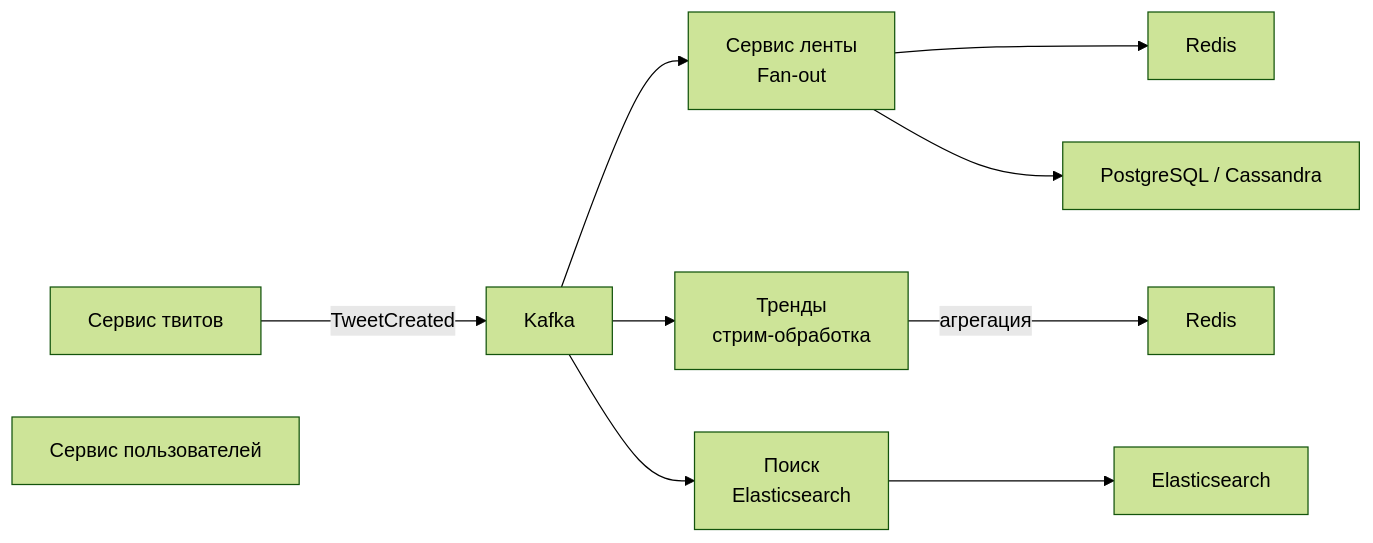
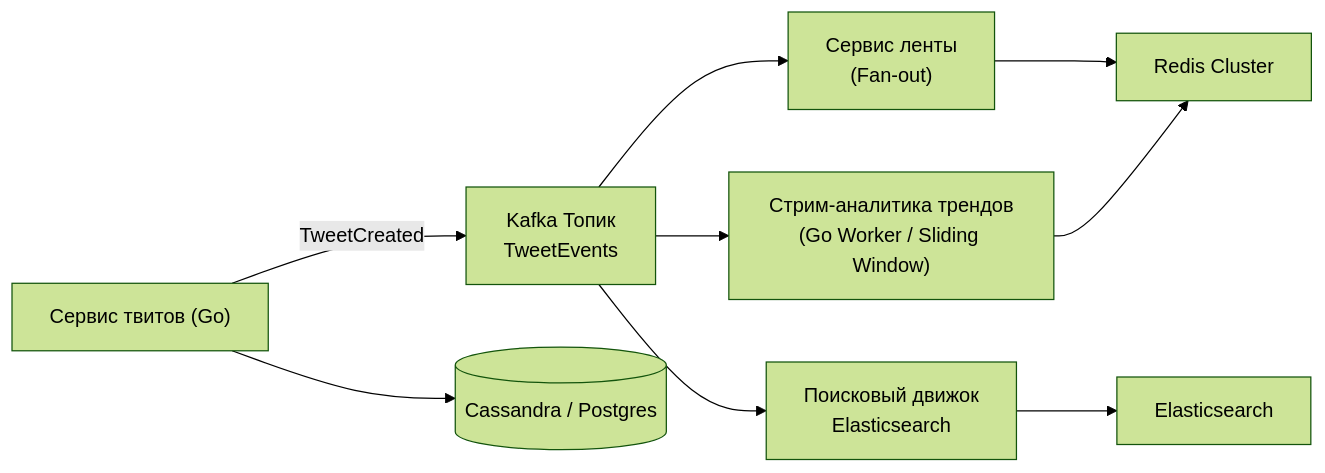
The fifth of 10 diagrams in sources/11. Архитектура и System Design/52. Разбор типичных System Design задач.md (UnrealTemplier/go-textbook), drawn with Mermaid (forest theme) before and after one commit. The commit also changed other lines of this file, not shown here.

````diff
--- a/sources/11. Архитектура и System Design/52. Разбор типичных System Design задач.md
+++ b/sources/11. Архитектура и System Design/52. Разбор типичных System Design задач.md
@@ -216,19 +275,16 @@
 ```mermaid
 flowchart LR
-    TweetSvc["Сервис твитов"]
-    UserSvc["Сервис пользователей"]
-    Timeline["Сервис ленты<br>Fan-out"]
-    Search["Поиск<br>Elasticsearch"]
-    Trend["Тренды<br>стрим-обработка"]
-    Cache["Redis"]
-    DB["PostgreSQL / Cassandra"]
+    TweetSvc["Сервис твитов (Go)"]
+    Kafka["Kafka Топик<br>TweetEvents"]
+    Timeline["Сервис ленты<br>(Fan-out)"]
+    Trend["Стрим-аналитика трендов<br>(Go Worker / Sliding Window)"]
+    Search["Поисковый движок<br>Elasticsearch"]
+    DB[("Cassandra / Postgres")]
+    Cache["Redis Cluster"]
 
     TweetSvc -->|"TweetCreated"| Kafka
-    Kafka --> Timeline
-    Kafka --> Trend
-    Kafka --> Search
-    Timeline --> Cache
-    Timeline --> DB
-    Search --> Elasticsearch
-    Trend -->|"агрегация"| Redis
+    Kafka --> Timeline --> Cache
+    Kafka --> Trend --> Cache
+    Kafka --> Search --> Elasticsearch
+    TweetSvc --> DB
 ```
````
